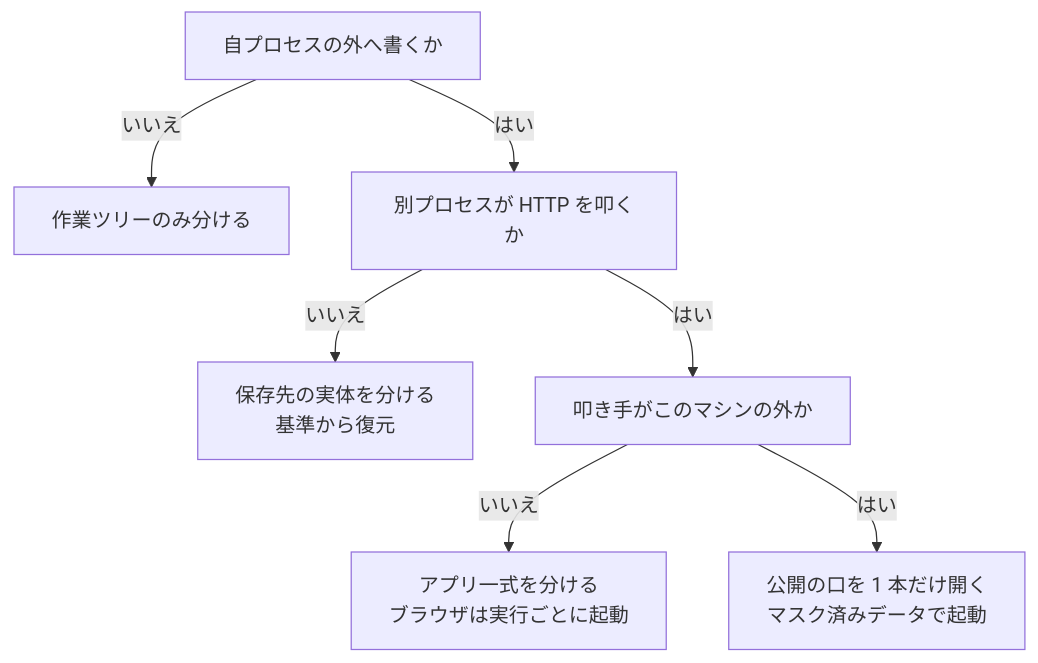
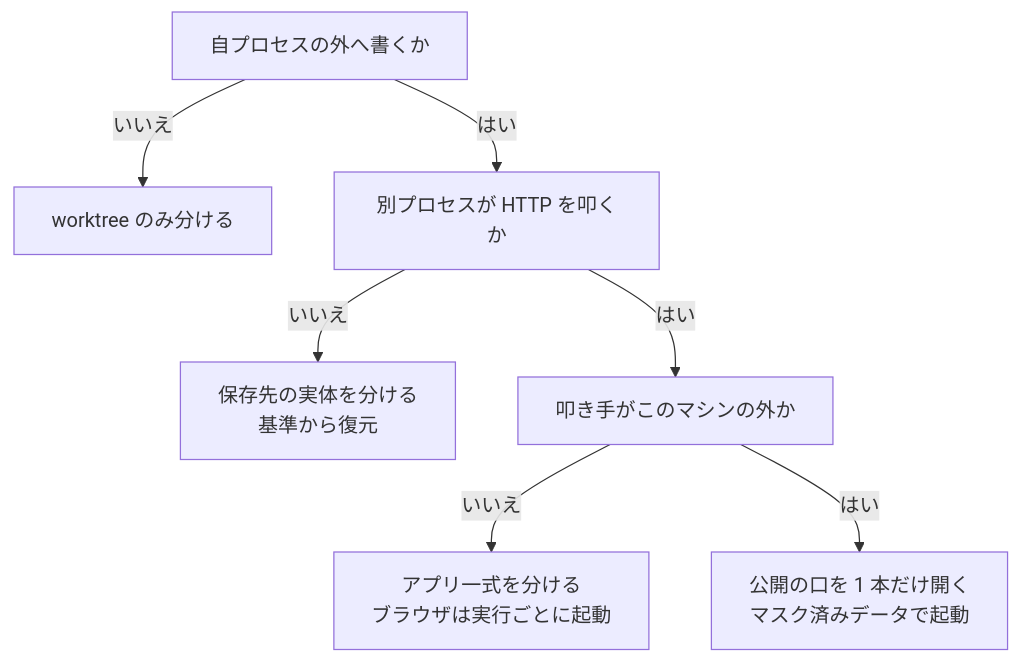
One commit to devbasex/ai-plugins changed the diagram in plugins/ndf/skills/worktree/references/test-execution.md. Above: the diagram before and after it, drawn with Mermaid. The commit also changed other lines of this file and 3 other files, not shown here.

````diff
--- a/plugins/ndf/skills/worktree/references/test-execution.md
+++ b/plugins/ndf/skills/worktree/references/test-execution.md
@@ -27,9 +27,9 @@
 ```mermaid
 flowchart TD
-  A[自プロセスの外へ書くか] -->|いいえ| B[作業ツリーのみ分ける]
+  A[自プロセスの外へ書くか] -->|いいえ| B[worktree のみ分ける]
   A -->|はい| C[別プロセスが HTTP を叩くか]
   C -->|いいえ| D[保存先の実体を分ける<br/>基準から復元]
   C -->|はい| E[叩き手がこのマシンの外か]
   E -->|いいえ| F[アプリ一式を分ける<br/>ブラウザは実行ごとに起動]
   E -->|はい| G[公開の口を 1 本だけ開く<br/>マスク済みデータで起動]
 ```
````
